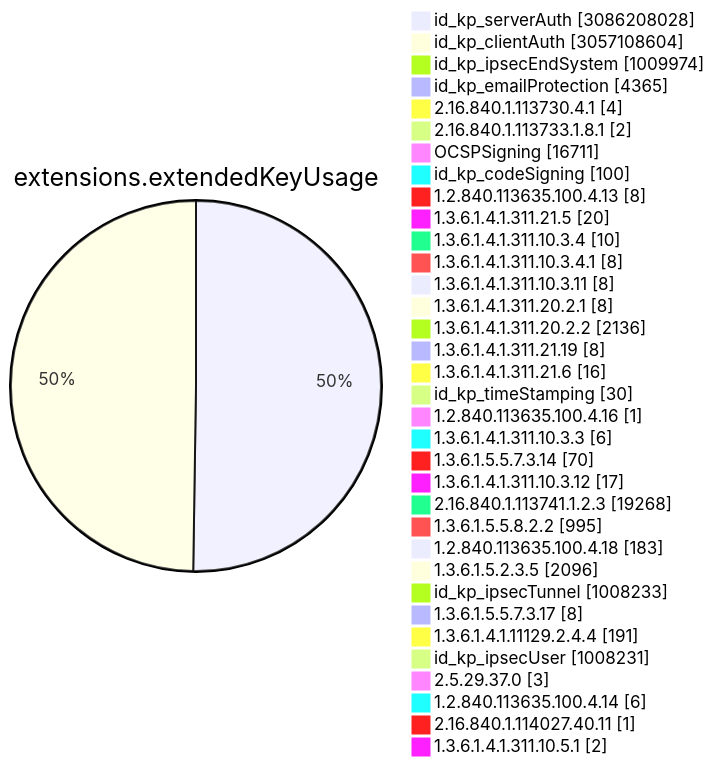
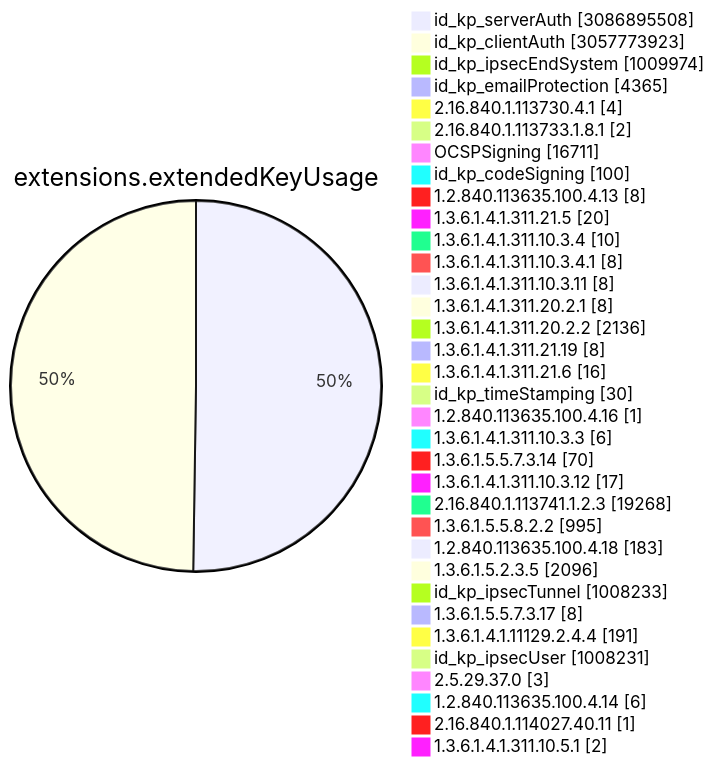
One commit to christiankrug/ctmonitor_visualization changed diagram 11 of 15 in TOTAL/README.md. Above: the diagram before and after it, drawn with Mermaid. The commit also changed other lines of this file, not shown here.

````diff
--- a/TOTAL/README.md
+++ b/TOTAL/README.md
@@ -4117,38 +4117,38 @@
 ```mermaid
 pie showData
 title extensions.extendedKeyUsage
-"id_kp_serverAuth" :3086208028
-"id_kp_clientAuth" :3057108604
+"id_kp_serverAuth" :3086895508
+"id_kp_clientAuth" :3057773923
 "id_kp_ipsecEndSystem" :1009974
 "id_kp_emailProtection" :4365
 "2.16.840.1.113730.4.1" :4
 "2.16.840.1.113733.1.8.1" :2
 "OCSPSigning" :16711
 "id_kp_codeSigning" :100
 "1.2.840.113635.100.4.13" :8
 "1.3.6.1.4.1.311.21.5" :20
 "1.3.6.1.4.1.311.10.3.4" :10
 "1.3.6.1.4.1.311.10.3.4.1" :8
 "1.3.6.1.4.1.311.10.3.11" :8
 "1.3.6.1.4.1.311.20.2.1" :8
 "1.3.6.1.4.1.311.20.2.2" :2136
 "1.3.6.1.4.1.311.21.19" :8
 "1.3.6.1.4.1.311.21.6" :16
 "id_kp_timeStamping" :30
 "1.2.840.113635.100.4.16" :1
 "1.3.6.1.4.1.311.10.3.3" :6
 "1.3.6.1.5.5.7.3.14" :70
 "1.3.6.1.4.1.311.10.3.12" :17
 "2.16.840.1.113741.1.2.3" :19268
 "1.3.6.1.5.5.8.2.2" :995
 "1.2.840.113635.100.4.18" :183
 "1.3.6.1.5.2.3.5" :2096
 "id_kp_ipsecTunnel" :1008233
 "1.3.6.1.5.5.7.3.17" :8
 "1.3.6.1.4.1.11129.2.4.4" :191
 "id_kp_ipsecUser" :1008231
 "2.5.29.37.0" :3
 "1.2.840.113635.100.4.14" :6
 "2.16.840.1.114027.40.11" :1
 "1.3.6.1.4.1.311.10.5.1" :2
 ```
````
